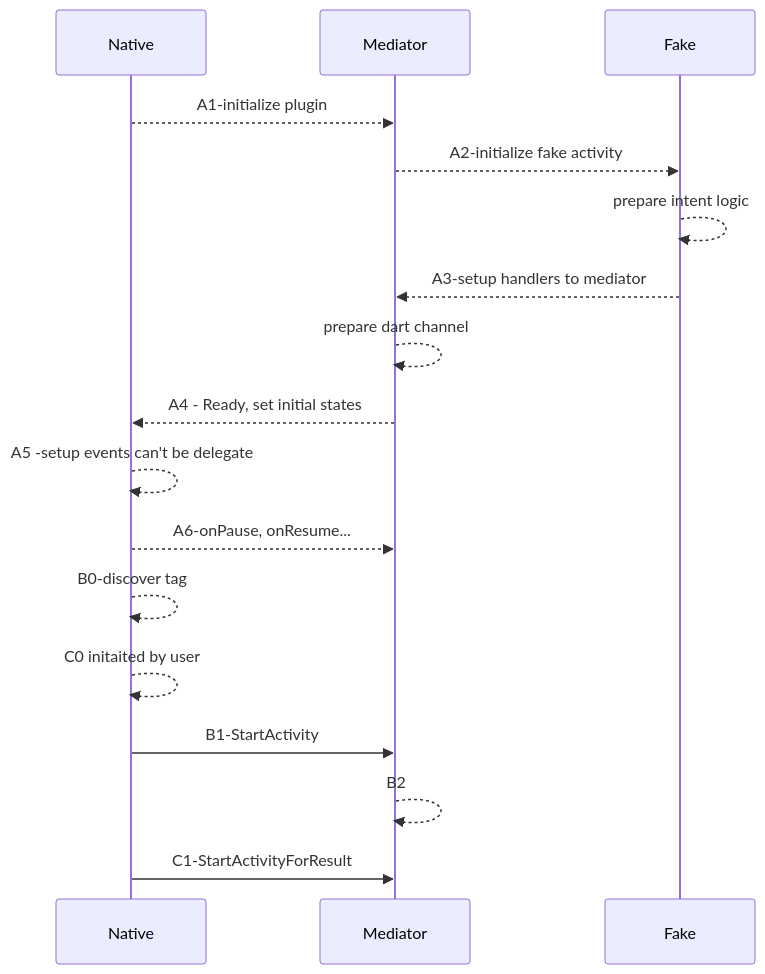
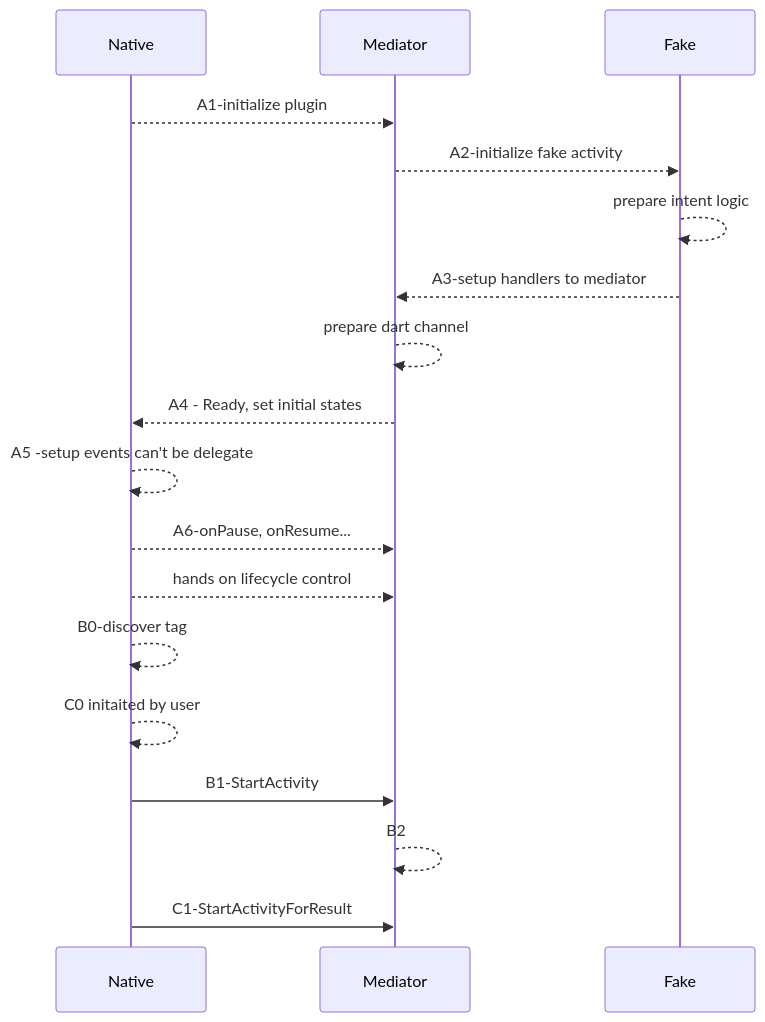
One commit to gordianknotC/nxp_note changed the second of 2 diagrams in flutter/addActivityResultListener.md. Above: the diagram before and after it, drawn with Mermaid. The commit also changed other lines of this file, not shown here.

````diff
--- a/flutter/addActivityResultListener.md
+++ b/flutter/addActivityResultListener.md
@@ -55,23 +55,24 @@
 ```mermaid
 sequenceDiagram
 participant Native
 participant Mediator
 participant Fake
 
 Native -->> Mediator: A1-initialize plugin
 Mediator -->> Fake: A2-initialize fake activity
 Fake -->> Fake: prepare intent logic
 Fake -->> Mediator: A3-setup handlers to mediator
 Mediator -->> Mediator: prepare dart channel
 Mediator -->> Native: A4 - Ready, set initial states
 Native -->> Native: A5 -setup events can't be delegate
 Native -->> Mediator: A6-onPause, onResume...
+Native -->> Mediator: hands on lifecycle control
 
 Native -->> Native: B0-discover tag
 
 Native -->> Native: C0 initaited by user
 Native ->> Mediator: B1-StartActivity
 Mediator -->> Mediator: B2 
 Native ->> Mediator: C1-StartActivityForResult
 
 ```
````
